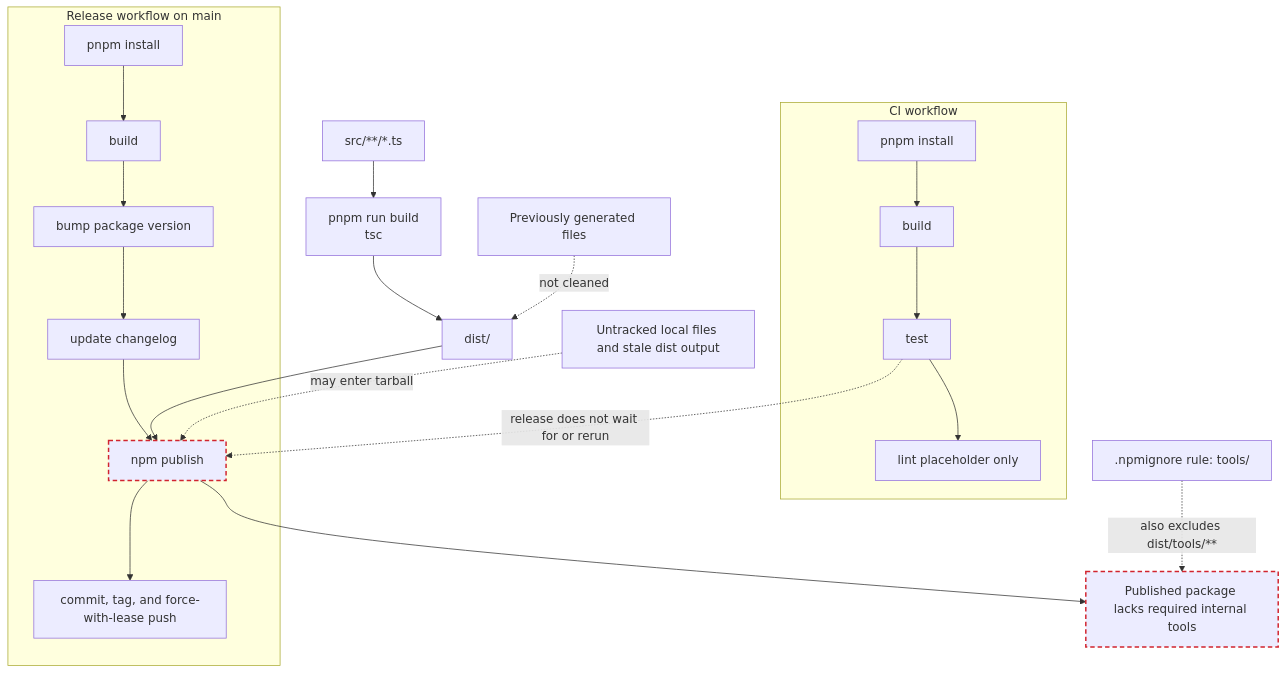
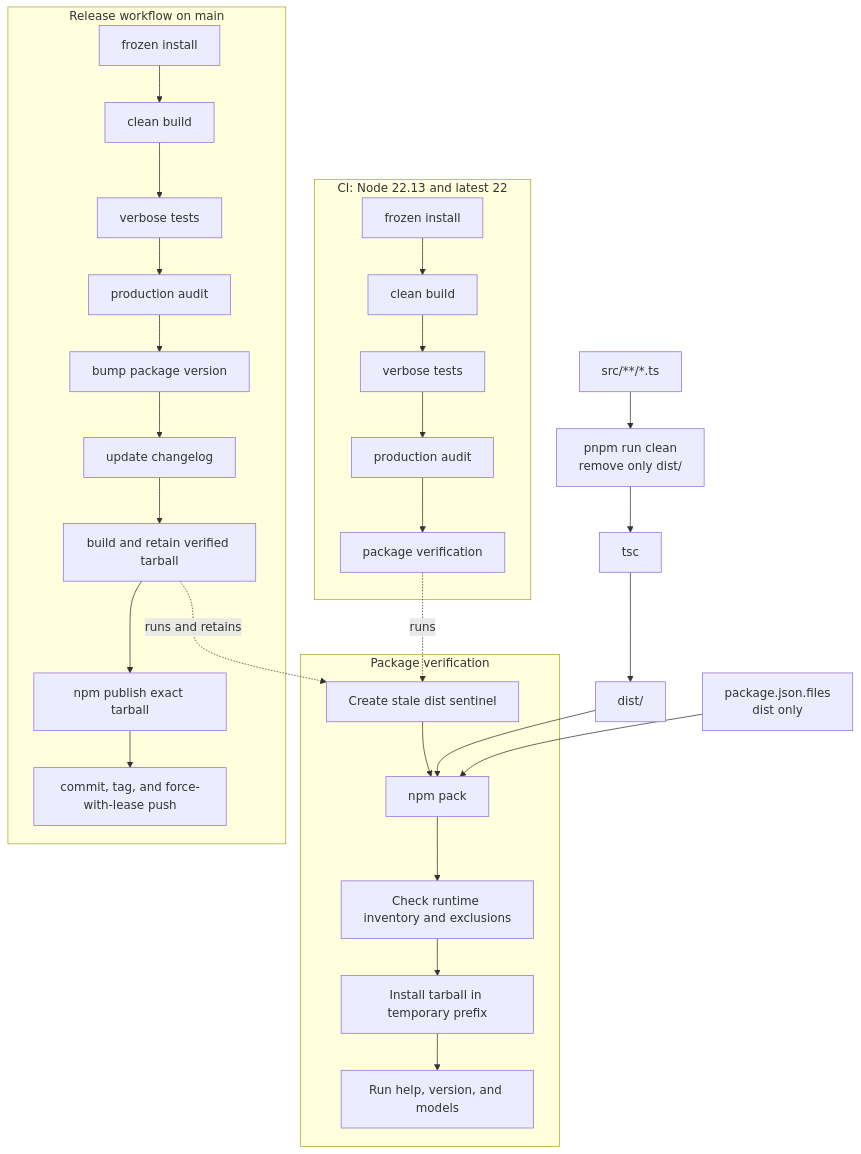
Before and after one commit to AndrewHuffman/hey-ai: the tenth of 10 diagrams in docs/architecture.md, drawn with Mermaid. The commit also changed other lines of this file and 4 other files, not shown here.

````diff
--- a/docs/architecture.md
+++ b/docs/architecture.md
@@ -399,29 +407,36 @@
 ```mermaid
 flowchart TB
-    Source["src/**/*.ts"] --> Build["pnpm run build<br/>tsc"]
+    Source["src/**/*.ts"] --> Clean["pnpm run clean<br/>remove only dist/"]
+    Clean --> Build["tsc"]
     Build --> Dist["dist/"]
-    Old["Previously generated files"] -. "not cleaned" .-> Dist
+    Allowlist["package.json.files<br/>dist only"] --> Pack["npm pack"]
+    Dist --> Pack
 
-    subgraph CI["CI workflow"]
-        InstallCI["pnpm install"] --> BuildCI["build"]
-        BuildCI --> TestCI["test"]
-        TestCI --> Lint["lint placeholder only"]
+    subgraph Smoke["Package verification"]
+        Stale["Create stale dist sentinel"] --> Pack
+        Pack --> Inventory["Check runtime inventory and exclusions"]
+        Inventory --> InstallTar["Install tarball in temporary prefix"]
+        InstallTar --> Commands["Run help, version, and models"]
+    end
+
+    subgraph CI["CI: Node 22.13 and latest 22"]
+        InstallCI["frozen install"] --> BuildCI["clean build"]
+        BuildCI --> TestCI["verbose tests"]
+        TestCI --> AuditCI["production audit"]
+        AuditCI --> SmokeCI["package verification"]
     end
 
     subgraph Release["Release workflow on main"]
-        InstallRelease["pnpm install"] --> BuildRelease["build"]
-        BuildRelease --> Version["bump package version"]
+        InstallRelease["frozen install"] --> BuildRelease["clean build"]
+        BuildRelease --> TestRelease["verbose tests"]
+        TestRelease --> AuditRelease["production audit"]
+        AuditRelease --> Version["bump package version"]
         Version --> Change["update changelog"]
-        Change --> Pack["npm publish"]
-        Pack --> Commit["commit, tag, and force-with-lease push"]
+        Change --> VerifyRelease["build and retain verified tarball"]
+        VerifyRelease --> Publish["npm publish exact tarball"]
+        Publish --> Commit["commit, tag, and force-with-lease push"]
     end
 
-    Dist --> Pack
-    Ignore[".npmignore rule: tools/"] -. "also excludes dist/tools/**" .-> Missing["Published package lacks required internal tools"]
-    Pack --> Missing
-    Local["Untracked local files and stale dist output"] -. "may enter tarball" .-> Pack
-    TestCI -. "release does not wait for or rerun" .-> Pack
-
-    classDef broken stroke:#d1242f,stroke-width:2px,stroke-dasharray:6 4;
-    class Missing,Pack broken;
+    SmokeCI -. "runs" .-> Stale
+    VerifyRelease -. "runs and retains" .-> Stale
 ```
````
